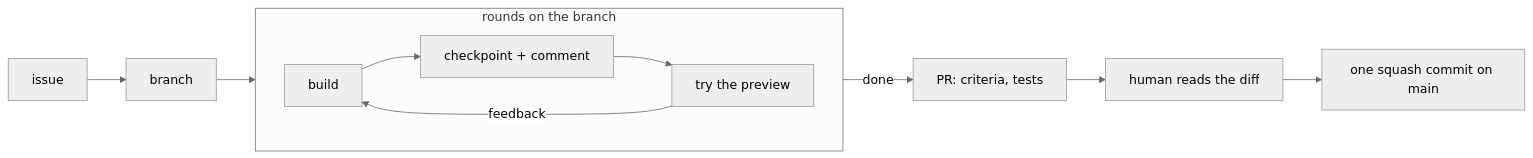
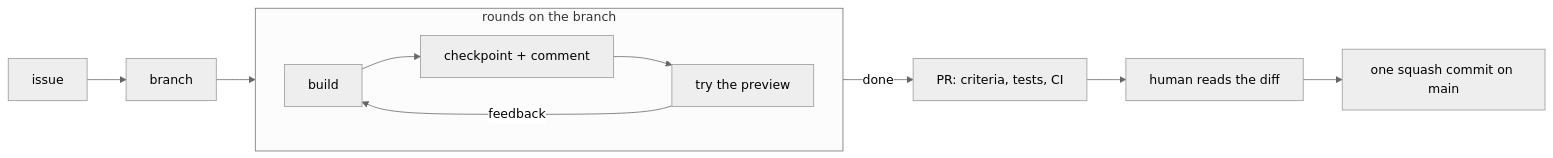
The second of 2 diagrams in README.md (AlexHagemeister/gnadd), drawn with Mermaid (neutral theme) before and after one commit. The commit also changed other lines of this file and 7 other files, not shown here.

````diff
--- a/README.md
+++ b/README.md
@@ -87,13 +87,13 @@
 ```mermaid
 flowchart LR
   I[issue] --> B[branch]
   subgraph rounds [rounds on the branch]
     direction LR
     R[build] --> C[checkpoint + comment] --> T[try the preview]
     T -->|feedback| R
   end
   B --> R
-  T -->|done| PR[PR: criteria, tests]
+  T -->|done| PR[PR: criteria, tests, CI]
   PR --> D[human reads the diff]
   D --> M[one squash commit on main]
 ```
````
